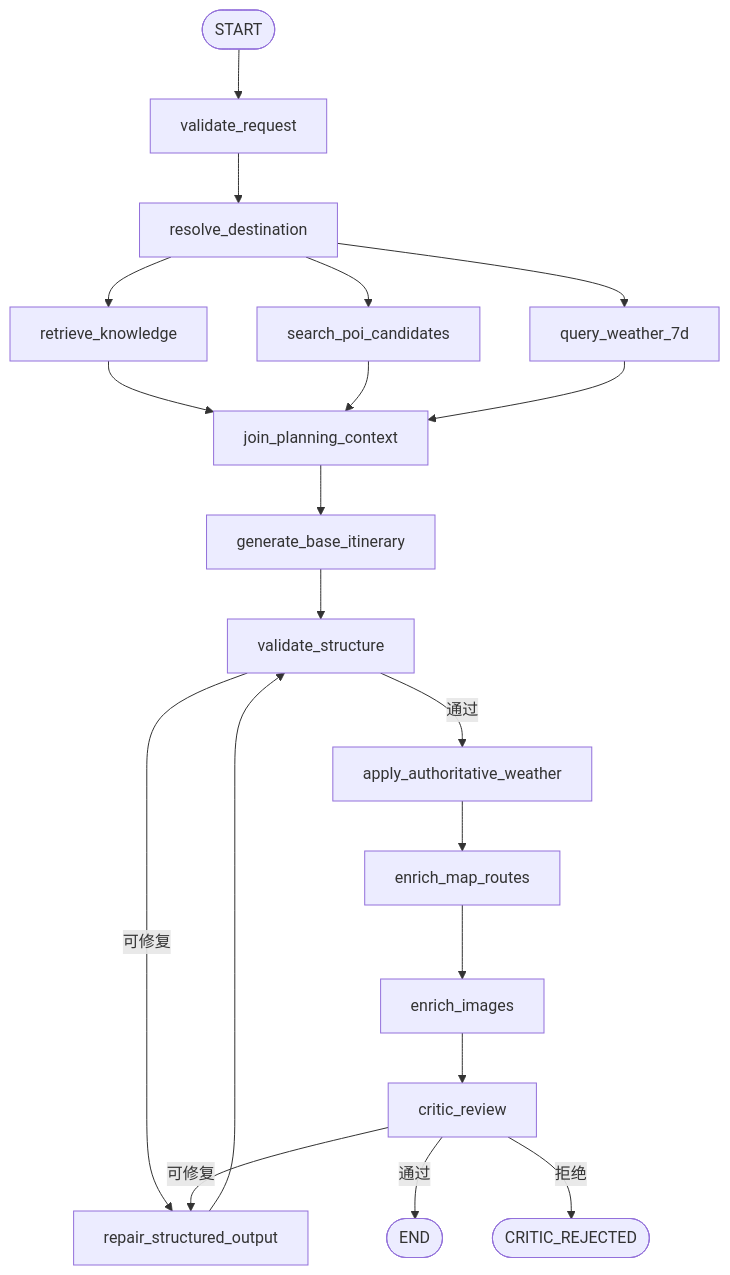
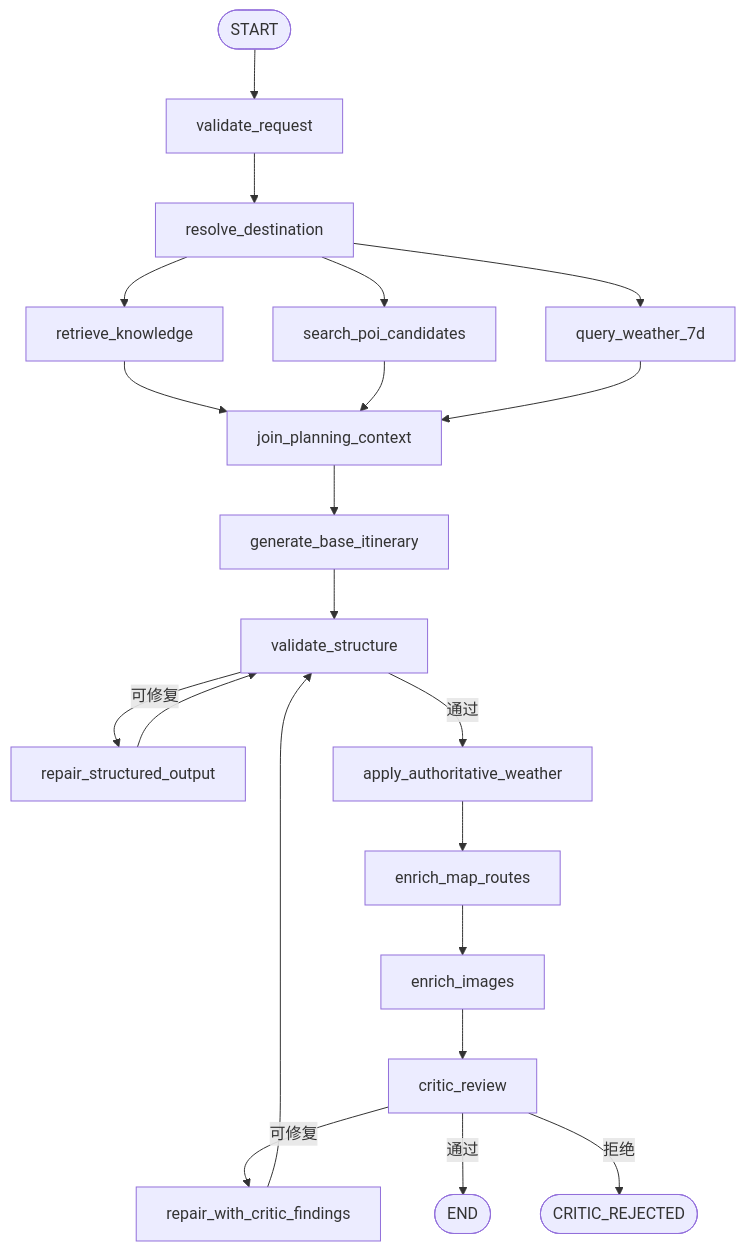
Before and after one commit to RIKUHONG/JourneySeeking: the diagram in docs/orchestration.md, drawn with Mermaid. The commit also changed other lines of this file and 22 other files, not shown here.

````diff
--- a/docs/orchestration.md
+++ b/docs/orchestration.md
@@ -24,22 +24,23 @@
 ```mermaid
 flowchart TD
     A([START]) --> B[validate_request]
     B --> C[resolve_destination]
     C --> D1[retrieve_knowledge]
     C --> D2[search_poi_candidates]
     C --> D3[query_weather_7d]
     D1 --> E[join_planning_context]
     D2 --> E
     D3 --> E
     E --> F[generate_base_itinerary]
     F --> G[validate_structure]
     G -->|可修复| H[repair_structured_output]
     H --> G
     G -->|通过| I[apply_authoritative_weather]
     I --> J[enrich_map_routes]
     J --> K[enrich_images]
     K --> L[critic_review]
-    L -->|可修复| H
+    L -->|可修复| H2[repair_with_critic_findings]
+    H2 --> G
     L -->|通过| M([END])
     L -->|拒绝| N([CRITIC_REJECTED])
 ```
````
